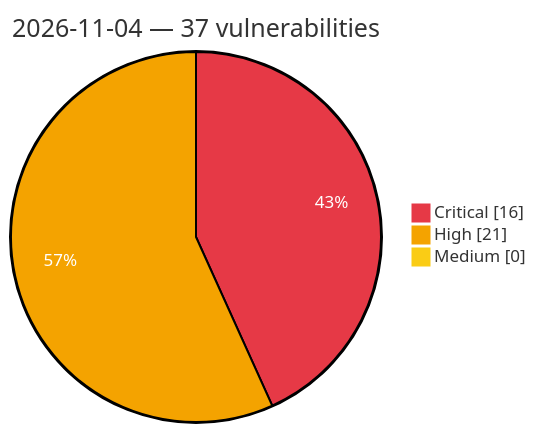
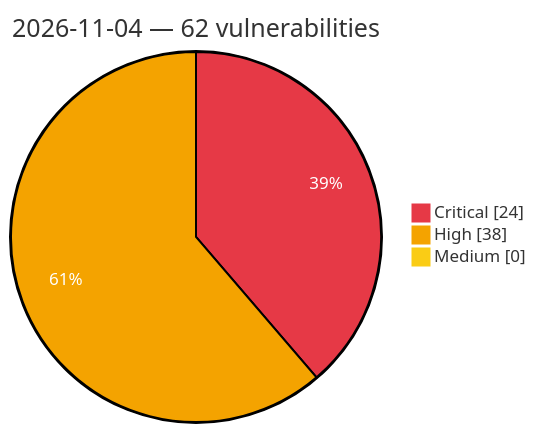
Before and after one commit to GhostX0X/vuln-tracker: the diagram in vulnerabilities/2026/November/2026-11-04.md, drawn with Mermaid. The commit also changed other lines of this file and 5 other files, not shown here.

Commit message:
Auto update: critical/high vulns (2026-11-04 17:32 UTC)

````diff
--- a/vulnerabilities/2026/November/2026-11-04.md
+++ b/vulnerabilities/2026/November/2026-11-04.md
@@ -3,8 +3,8 @@
 ```mermaid
 %%{init: {'theme':'base', 'themeVariables': {'pie1':'#e63946', 'pie2':'#f4a300', 'pie3':'#facc15', 'pieOpacity':'1', 'pieOuterStrokeWidth':'2px', 'pieSectionTextColor':'#ffffff'}}}%%
 pie showData
-    title 2026-11-04 — 37 vulnerabilities
-    "Critical" : 16
-    "High" : 21
+    title 2026-11-04 — 62 vulnerabilities
+    "Critical" : 24
+    "High" : 38
     "Medium" : 0
 ```
````
